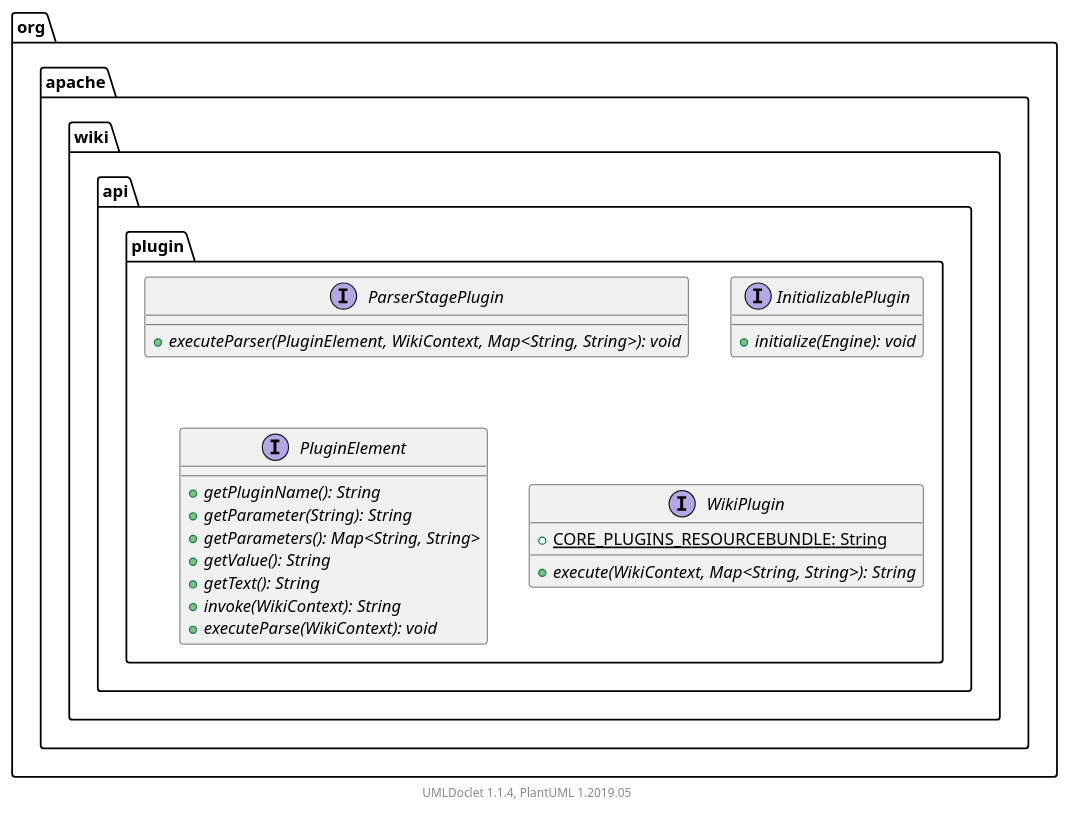
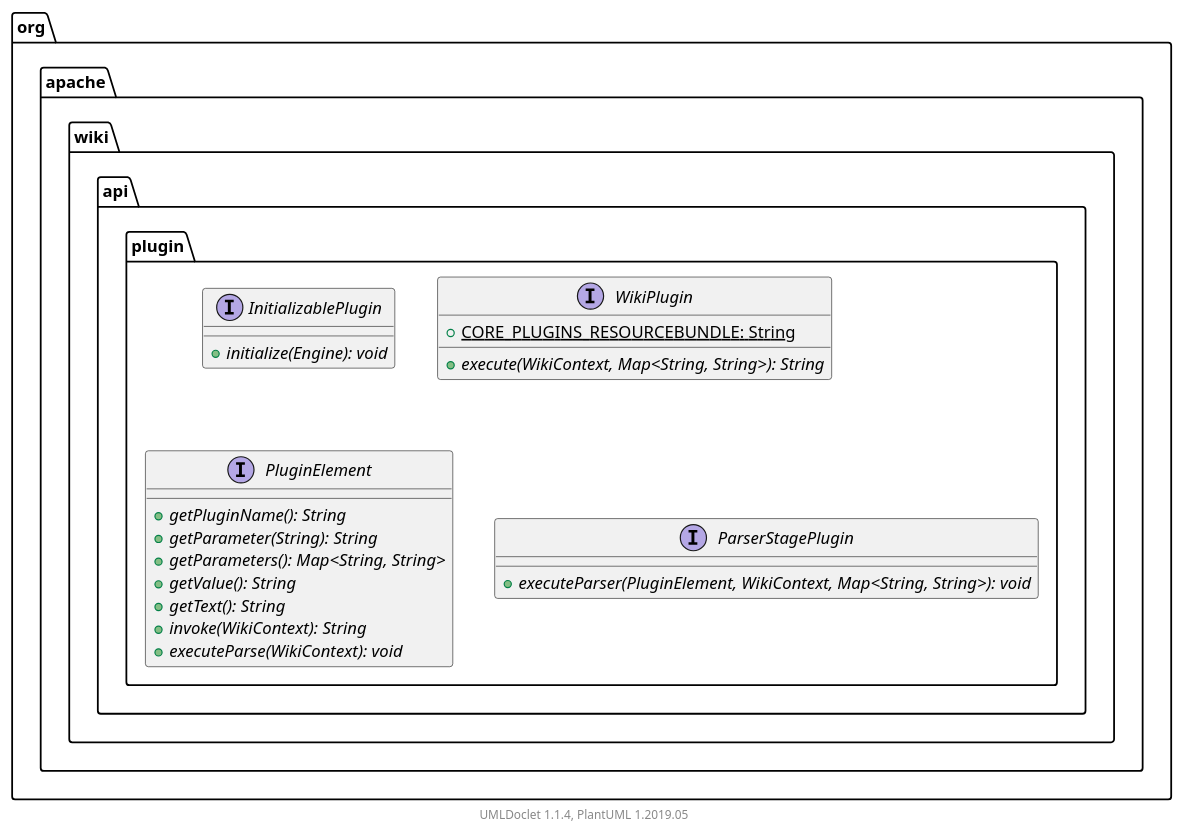
Before and after one commit to apache/jspwiki-site: the diagram in apidocs/2.11.0.M7-SNAPSHOT/org/apache/wiki/api/plugin/package.puml, drawn with PlantUML. The commit also changed other lines of this file and 1217 other files, not shown here.

```diff
--- a/apidocs/2.11.0.M7-SNAPSHOT/org/apache/wiki/api/plugin/package.puml
+++ b/apidocs/2.11.0.M7-SNAPSHOT/org/apache/wiki/api/plugin/package.puml
@@ -1,32 +1,32 @@
 @startuml
 
     namespace org.apache.wiki.api.plugin {
 
-        interface ParserStagePlugin [[ParserStagePlugin.html]] {
-            {abstract} +executeParser(PluginElement, WikiContext, Map<String, String>): void
+        interface InitializablePlugin [[InitializablePlugin.html]] {
+            {abstract} +initialize(Engine): void
         }
 
-        interface InitializablePlugin [[InitializablePlugin.html]] {
-            {abstract} +initialize(Engine): void
+        interface WikiPlugin [[WikiPlugin.html]] {
+            {static} +CORE_PLUGINS_RESOURCEBUNDLE: String
+            {abstract} +execute(WikiContext, Map<String, String>): String
         }
 
         interface PluginElement [[PluginElement.html]] {
             {abstract} +getPluginName(): String
             {abstract} +getParameter(String): String
             {abstract} +getParameters(): Map<String, String>
             {abstract} +getValue(): String
             {abstract} +getText(): String
             {abstract} +invoke(WikiContext): String
             {abstract} +executeParse(WikiContext): void
         }
 
-        interface WikiPlugin [[WikiPlugin.html]] {
-            {static} +CORE_PLUGINS_RESOURCEBUNDLE: String
-            {abstract} +execute(WikiContext, Map<String, String>): String
+        interface ParserStagePlugin [[ParserStagePlugin.html]] {
+            {abstract} +executeParser(PluginElement, WikiContext, Map<String, String>): void
         }
 
     }
 
 
     center footer UMLDoclet 1.1.4, PlantUML 1.2019.05
 @enduml
```
